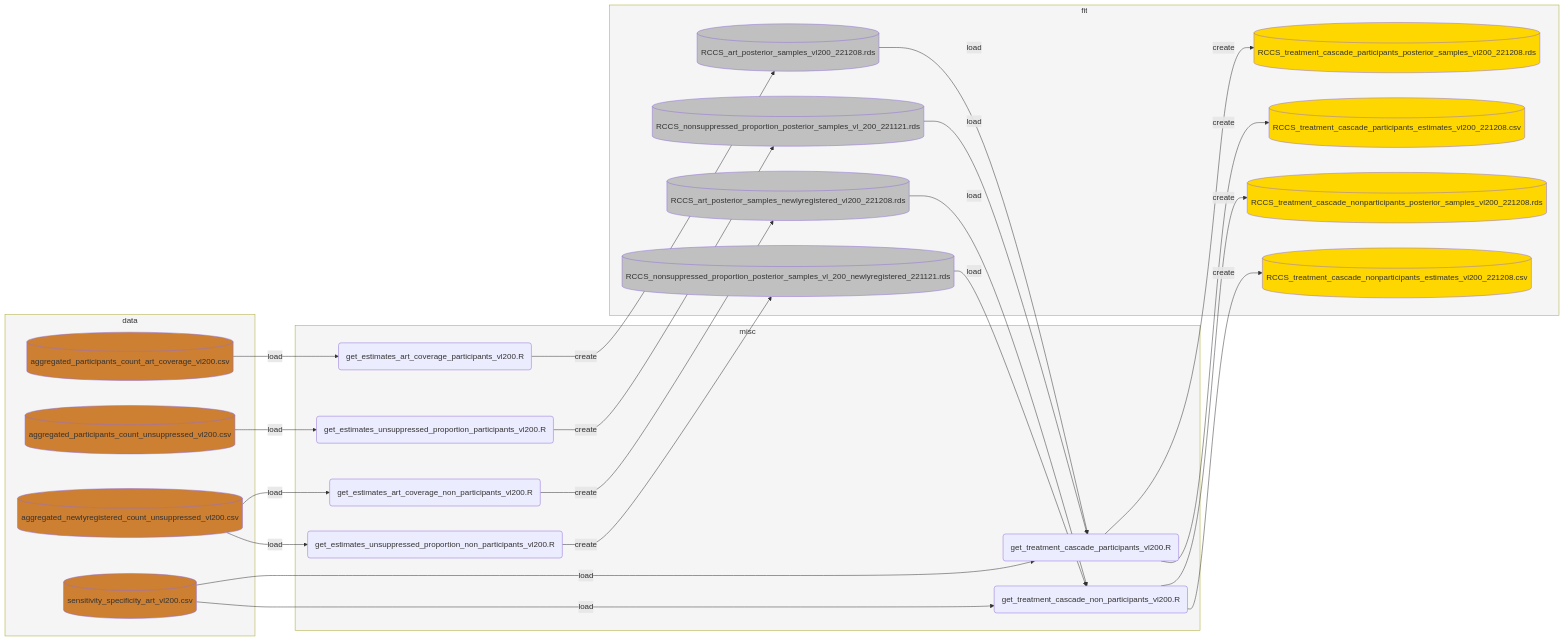
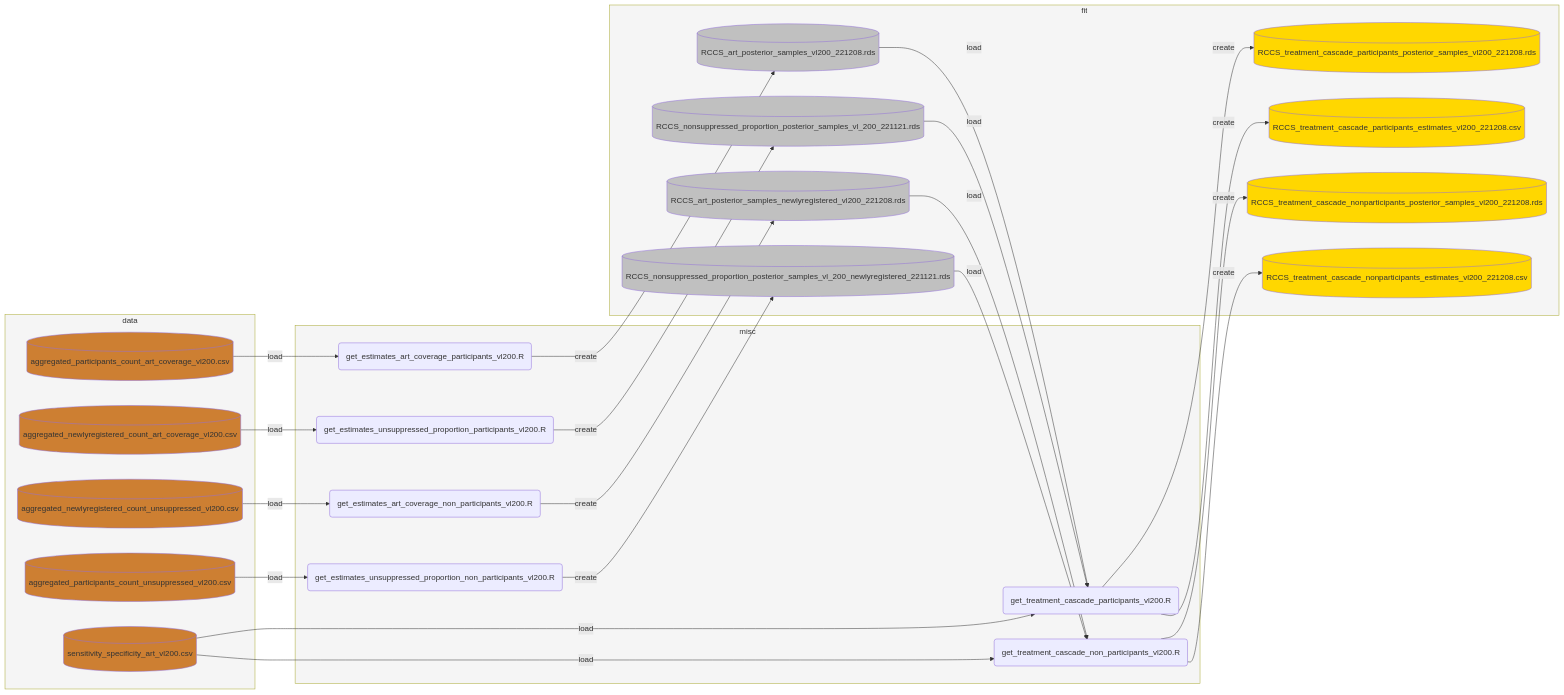
Before and after one commit to MLGlobalHealth/phyloSI-RakaiAgeGender: the second of 3 diagrams in README.md, drawn with Mermaid. The commit also changed other lines of this file, not shown here.

Commit message:
[update] fix flowchart for preprocessing stage 1 and 2

````diff
--- a/README.md
+++ b/README.md
@@ -158,71 +164,73 @@
 ```mermaid
   flowchart LR
     subgraph data
       d1[(aggregated_participants_count_art_coverage_vl200.csv)]
       d2[(aggregated_newlyregistered_count_unsuppressed_vl200.csv)]
-      d3[(aggregated_participants_count_unsuppressed_vl200.csv)]
-      d4[(sensitivity_specificity_art_vl200.csv)]
+      d3[(aggregated_newlyregistered_count_art_coverage_vl200.csv)]
+      d4[(aggregated_participants_count_unsuppressed_vl200.csv)]
+      d5[(sensitivity_specificity_art_vl200.csv)]
     end
     style d1 fill:#CD7F32
     style d2 fill:#CD7F32
     style d3 fill:#CD7F32
     style d4 fill:#CD7F32
+    style d5 fill:#CD7F32
     style data fill:#F5F5F5
 
     subgraph misc
       r1(get_estimates_art_coverage_participants_vl200.R)
       r2(get_estimates_art_coverage_non_participants_vl200.R)
       r3(get_estimates_unsuppressed_proportion_participants_vl200.R)
       r4(get_estimates_unsuppressed_proportion_non_participants_vl200.R)
       r5(get_treatment_cascade_participants_vl200.R)
       r6(get_treatment_cascade_non_participants_vl200.R)
     end
     style misc fill:#F5F5F5
 
     subgraph fit
       f1[(RCCS_art_posterior_samples_vl200_221208.rds)]
       f2[(RCCS_art_posterior_samples_newlyregistered_vl200_221208.rds)]
       f3[(RCCS_nonsuppressed_proportion_posterior_samples_vl_200_221121.rds)]
       f4[(RCCS_nonsuppressed_proportion_posterior_samples_vl_200_newlyregistered_221121.rds)]
 
       f5[(RCCS_treatment_cascade_participants_posterior_samples_vl200_221208.rds)]
       f6[(RCCS_treatment_cascade_participants_estimates_vl200_221208.csv)]
 
       f7[(RCCS_treatment_cascade_nonparticipants_posterior_samples_vl200_221208.rds)]
       f8[(RCCS_treatment_cascade_nonparticipants_estimates_vl200_221208.csv)]
     end
     style f1 fill:#C0C0C0
     style f2 fill:#C0C0C0
     style f3 fill:#C0C0C0
     style f4 fill:#C0C0C0
     
     style f5 fill:#FFD700
     style f6 fill:#FFD700
     style f7 fill:#FFD700
     style f8 fill:#FFD700
     style fit fill:#F5F5F5
     
     d1 -- load --> r1
     r1 -- create --> f1
 
     d2 -- load --> r2
     r2 -- create --> f2
 
     d3 -- load --> r3
     r3 -- create --> f3
 
-    d2 -- load --> r4
+    d4 -- load --> r4
     r4 -- create --> f4
 
-    d4 -- load --> r5
+    d5 -- load --> r5
     f1 -- load --> r5
     f3 -- load --> r5
     r5 -- create --> f5
     r5 -- create --> f6
 
-    d4 -- load --> r6
+    d5 -- load --> r6
     f2 -- load --> r6
     f4 -- load --> r6
     r6 -- create --> f7
     r6 -- create --> f8
 ```
````
